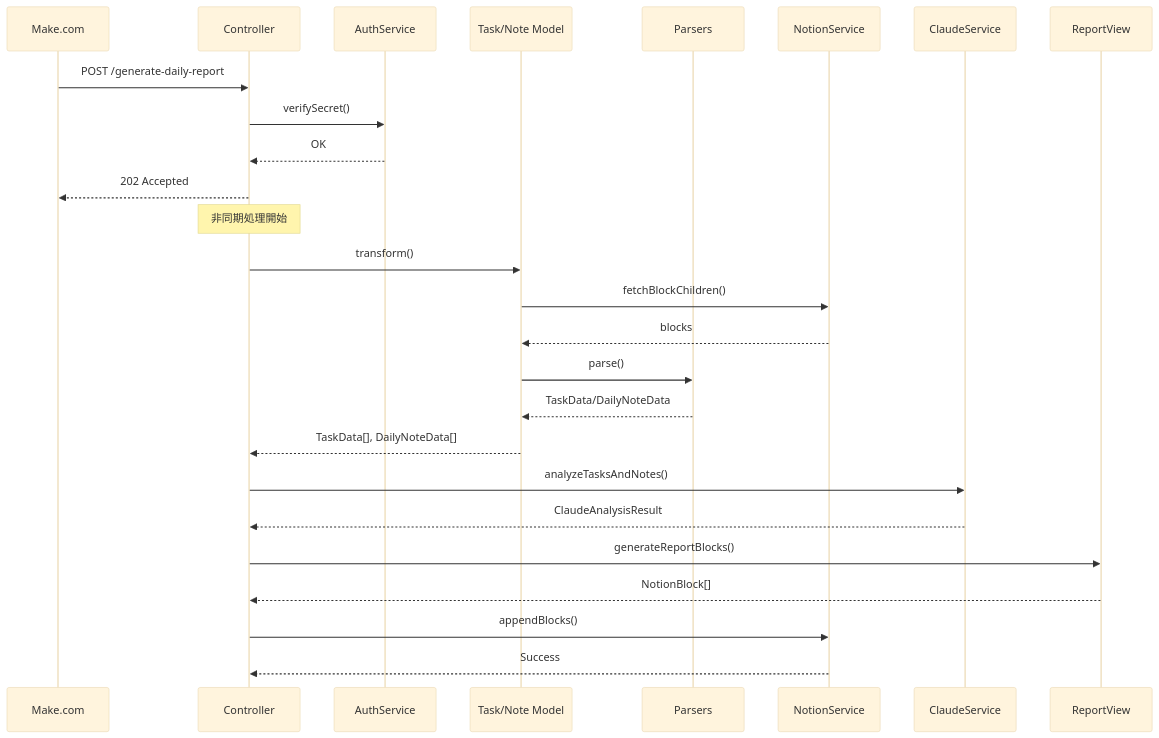
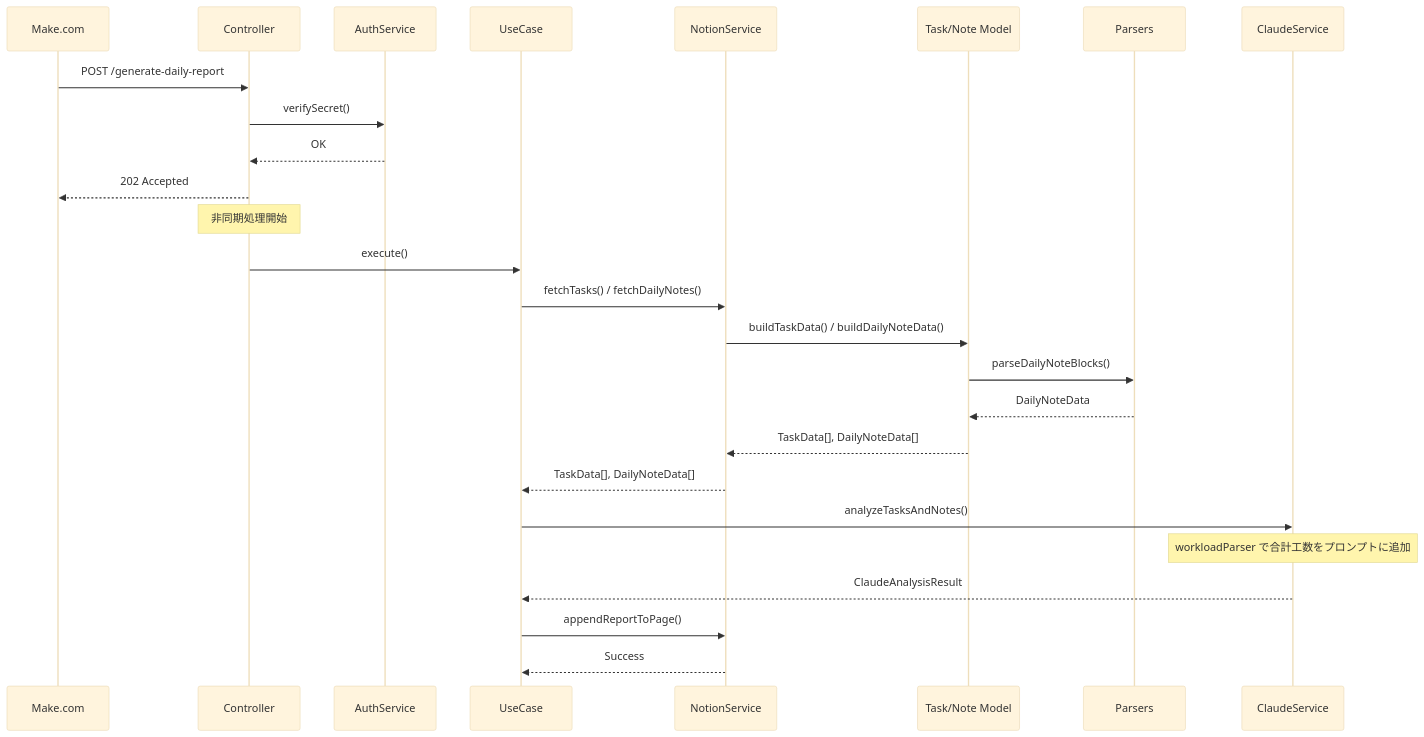
The second of 2 diagrams in docs/structure.md (matsushun1/task-analyzer), drawn with Mermaid (base theme) before and after one commit. The commit also changed other lines of this file and 2 other files, not shown here.

````diff
--- a/docs/structure.md
+++ b/docs/structure.md
@@ -229,34 +208,33 @@
 ```mermaid
 sequenceDiagram
     participant Client as Make.com
     participant Ctrl as Controller
     participant Auth as AuthService
+    participant UC as UseCase
+    participant Notion as NotionService
     participant Model as Task/Note Model
     participant Parser as Parsers
-    participant Notion as NotionService
     participant Claude as ClaudeService
-    participant View as ReportView
 
     Client->>Ctrl: POST /generate-daily-report
     Ctrl->>Auth: verifySecret()
     Auth-->>Ctrl: OK
     Ctrl-->>Client: 202 Accepted
 
     Note over Ctrl: 非同期処理開始
 
-    Ctrl->>Model: transform()
-    Model->>Notion: fetchBlockChildren()
-    Notion-->>Model: blocks
-    Model->>Parser: parse()
-    Parser-->>Model: TaskData/DailyNoteData
-    Model-->>Ctrl: TaskData[], DailyNoteData[]
+    Ctrl->>UC: execute()
+    UC->>Notion: fetchTasks() / fetchDailyNotes()
+    Notion->>Model: buildTaskData() / buildDailyNoteData()
+    Model->>Parser: parseDailyNoteBlocks()
+    Parser-->>Model: DailyNoteData
+    Model-->>Notion: TaskData[], DailyNoteData[]
+    Notion-->>UC: TaskData[], DailyNoteData[]
 
-    Ctrl->>Claude: analyzeTasksAndNotes()
-    Claude-->>Ctrl: ClaudeAnalysisResult
+    UC->>Claude: analyzeTasksAndNotes()
+    Note over Claude: workloadParser で合計工数をプロンプトに追加
+    Claude-->>UC: ClaudeAnalysisResult
 
-    Ctrl->>View: generateReportBlocks()
-    View-->>Ctrl: NotionBlock[]
-
-    Ctrl->>Notion: appendBlocks()
-    Notion-->>Ctrl: Success
+    UC->>Notion: appendReportToPage()
+    Notion-->>UC: Success
 ```
````
